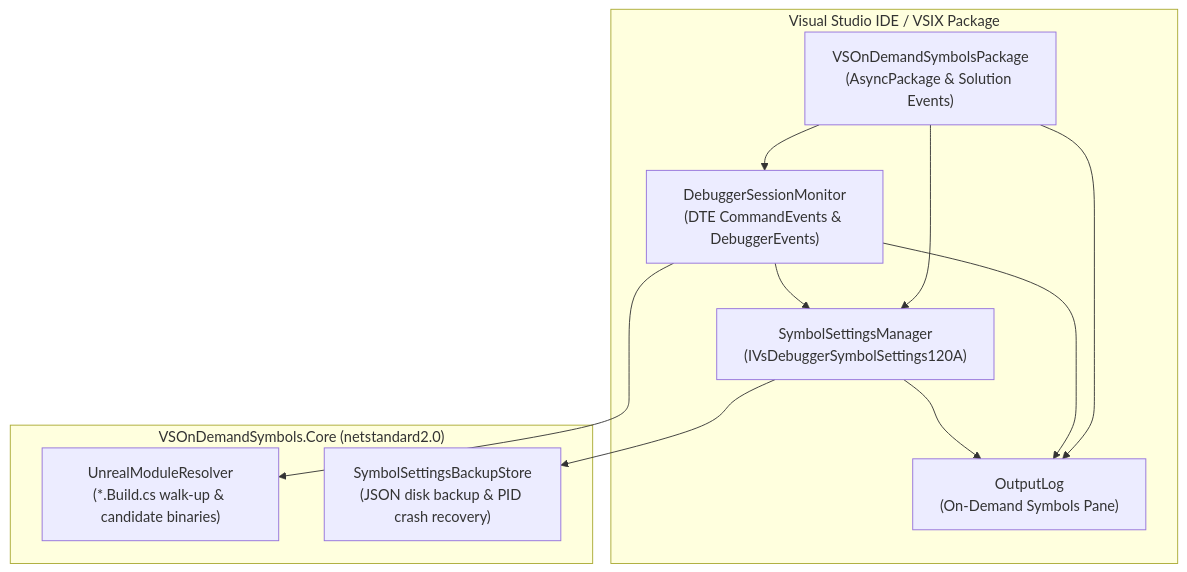
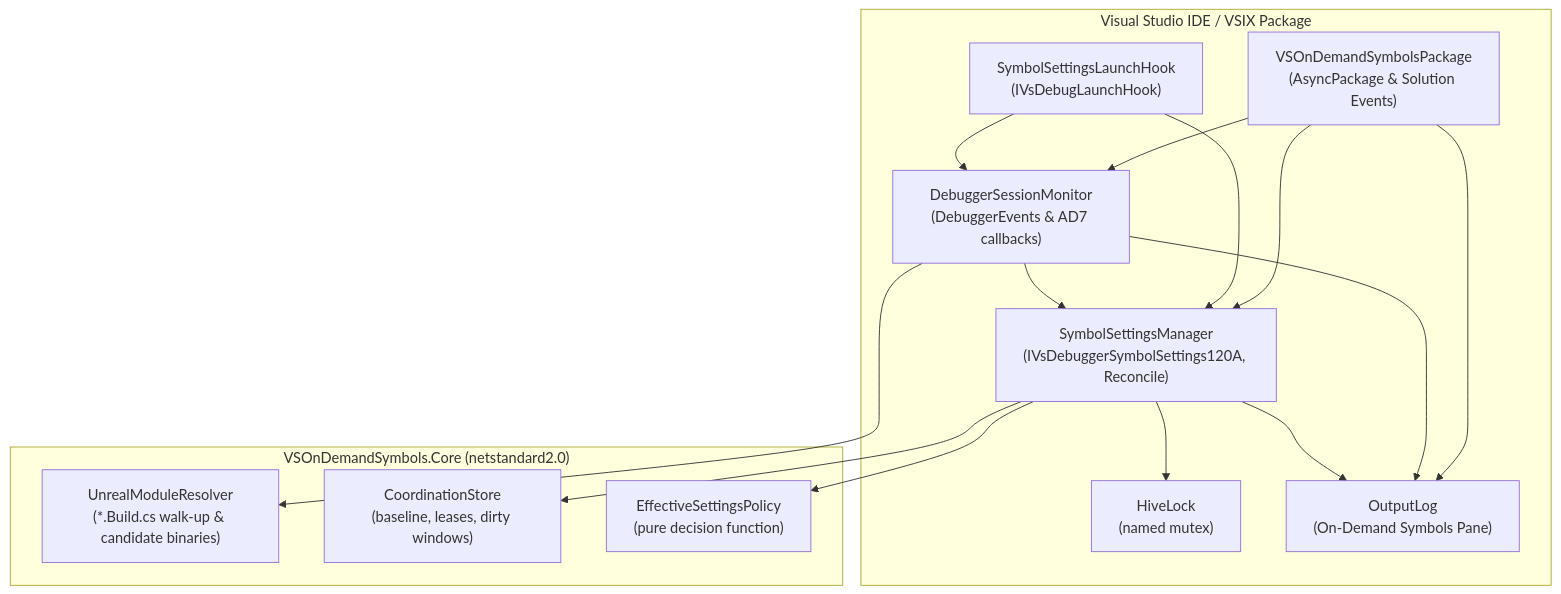
Before and after one commit to mattshepcar/VSOnDemandSymbols: the first of 6 diagrams in docs/ARCHITECTURE.md, drawn with Mermaid. The commit also changed other lines of this file and 5 other files, not shown here.

````diff
--- a/docs/ARCHITECTURE.md
+++ b/docs/ARCHITECTURE.md
@@ -54,25 +59,32 @@
 ```mermaid
 flowchart TD
     subgraph VS_IDE["Visual Studio IDE / VSIX Package"]
         PKG["VSOnDemandSymbolsPackage<br/>(AsyncPackage & Solution Events)"]
-        SSM["SymbolSettingsManager<br/>(IVsDebuggerSymbolSettings120A)"]
-        DSM["DebuggerSessionMonitor<br/>(DTE CommandEvents & DebuggerEvents)"]
+        HOOK["SymbolSettingsLaunchHook<br/>(IVsDebugLaunchHook)"]
+        SSM["SymbolSettingsManager<br/>(IVsDebuggerSymbolSettings120A, Reconcile)"]
+        LOCK["HiveLock<br/>(named mutex)"]
+        DSM["DebuggerSessionMonitor<br/>(DebuggerEvents & AD7 callbacks)"]
         OUT["OutputLog<br/>(On-Demand Symbols Pane)"]
     end
 
     subgraph CORE_LIB["VSOnDemandSymbols.Core (netstandard2.0)"]
         UMR["UnrealModuleResolver<br/>(*.Build.cs walk-up & candidate binaries)"]
-        STORE["SymbolSettingsBackupStore<br/>(JSON disk backup & PID crash recovery)"]
+        STORE["CoordinationStore<br/>(baseline, leases, dirty windows)"]
+        POL["EffectiveSettingsPolicy<br/>(pure decision function)"]
     end
 
     PKG --> SSM
     PKG --> DSM
     PKG --> OUT
+    HOOK --> DSM
+    HOOK --> SSM
 
     DSM --> UMR
     DSM --> SSM
     DSM --> OUT
 
+    SSM --> LOCK
     SSM --> STORE
+    SSM --> POL
     SSM --> OUT
 ```
````
